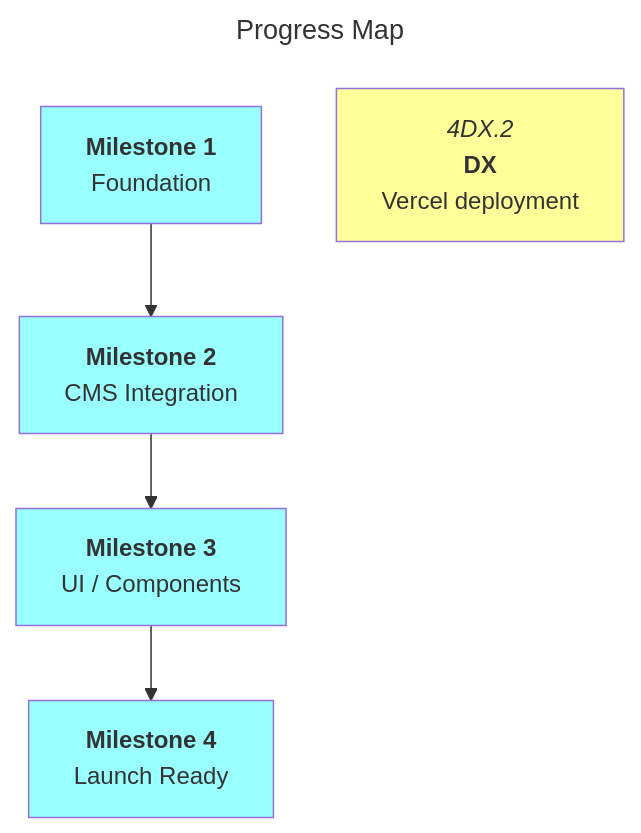
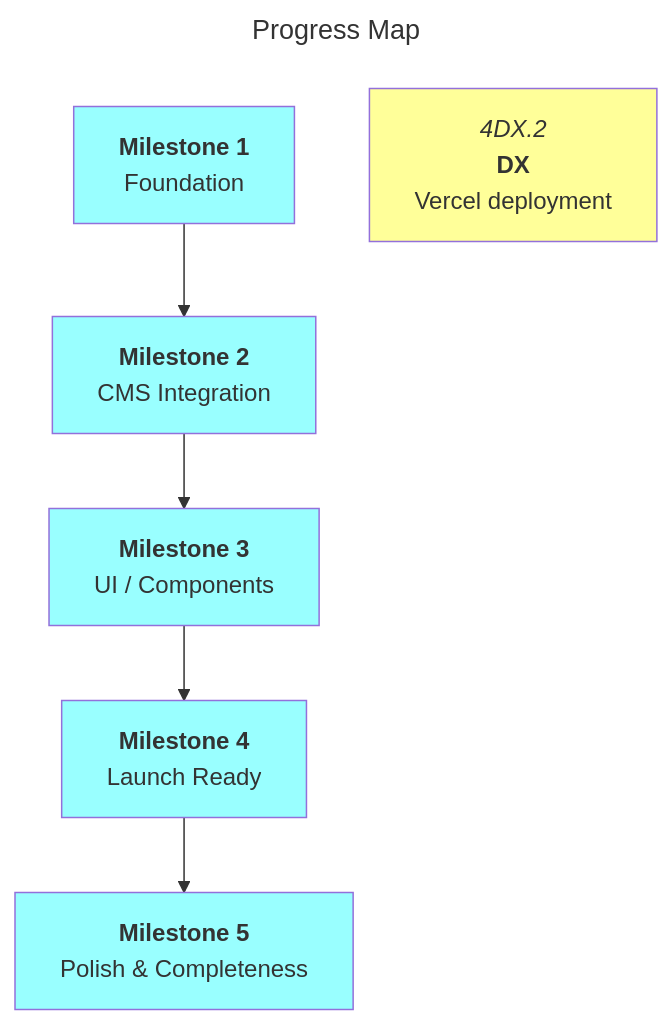
The diagram in docs/roadmaps/mvp.md (Oggie112/C58), drawn with Mermaid before and after one commit. The commit also changed other lines of this file and 11 other files, not shown here.

````diff
--- a/docs/roadmaps/mvp.md
+++ b/docs/roadmaps/mvp.md
@@ -147,19 +172,20 @@
 ```mermaid
 ---
 title: Progress Map
 ---
 graph TD
 
 m1["`**Milestone 1**<br/>Foundation`"]:::mile
 m2["`**Milestone 2**<br/>CMS Integration`"]:::mile
 m3["`**Milestone 3**<br/>UI / Components`"]:::mile
 m4["`**Milestone 4**<br/>Launch Ready`"]:::mile
 
-m1 --> m2 --> m3 --> m4
+m1 --> m2 --> m3 --> m4 --> m5
 
 4DX.2["`*4DX.2*<br/>**DX**<br/>Vercel deployment`"]:::open
+m5["`**Milestone 5**<br/>Polish & Completeness`"]:::mile
 
 classDef default fill:#f9f
 classDef open fill:#ff9
 classDef mile fill:#9ff
 ```
````
